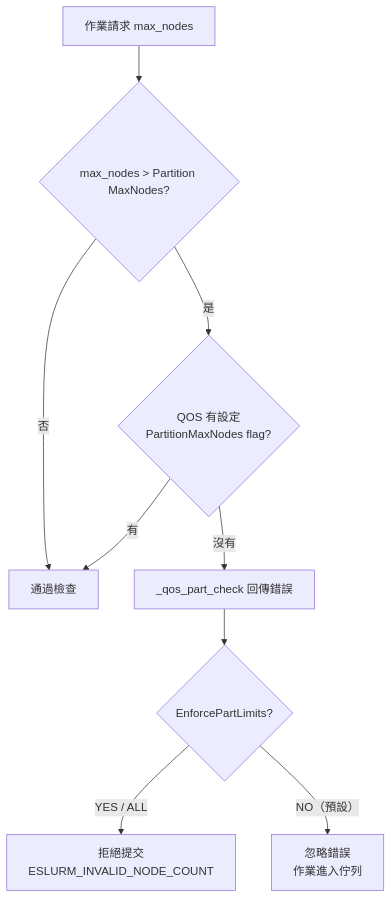
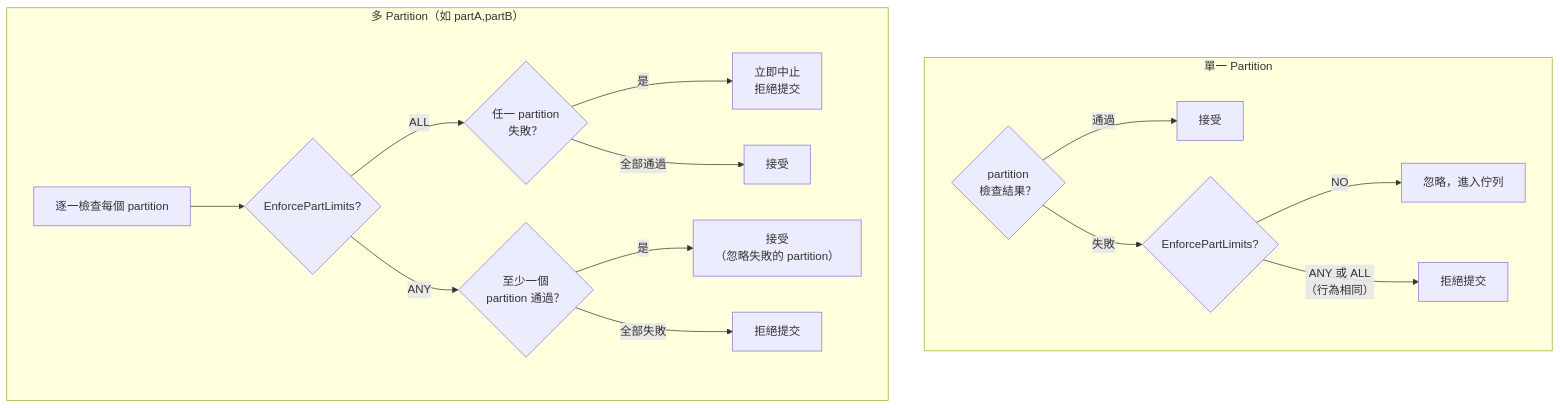
The second of 7 diagrams in _bmad-output/technical-reference/internals/slurm-qos-partition-node-limits.md (pichiu/slurm), drawn with Mermaid before and after one commit. The commit also changed other lines of this file, not shown here.

First line of the commit message:
docs: add EnforcePartLimits ANY vs ALL and DenyOnLimit analysis

````diff
--- a/_bmad-output/technical-reference/internals/slurm-qos-partition-node-limits.md
+++ b/_bmad-output/technical-reference/internals/slurm-qos-partition-node-limits.md
@@ -103,11 +218,23 @@
 ```mermaid
 flowchart TD
-    A["作業請求 max_nodes"] --> B{"max_nodes > Partition MaxNodes?"}
-    B -->|否| PASS["通過檢查"]
-    B -->|是| C{"QOS 有設定\nPartitionMaxNodes flag?"}
-    C -->|有| PASS
-    C -->|沒有| ERR["_qos_part_check 回傳錯誤"]
-    ERR --> EPL{"EnforcePartLimits?"}
-    EPL -->|"YES / ALL"| REJECT["拒絕提交\nESLURM_INVALID_NODE_COUNT"]
-    EPL -->|"NO（預設）"| ACCEPT["忽略錯誤\n作業進入佇列"]
+    subgraph single_part["單一 Partition"]
+        SP_CHECK{"partition\n檢查結果？"}
+        SP_CHECK -->|通過| SP_OK["接受"]
+        SP_CHECK -->|失敗| SP_EPL{"EnforcePartLimits?"}
+        SP_EPL -->|NO| SP_ACCEPT["忽略，進入佇列"]
+        SP_EPL -->|"ANY 或 ALL\n（行為相同）"| SP_REJECT["拒絕提交"]
+    end
+
+    subgraph multi_part["多 Partition（如 partA,partB）"]
+        MP_LOOP["逐一檢查每個 partition"]
+        MP_LOOP --> MP_EPL{"EnforcePartLimits?"}
+
+        MP_EPL -->|ALL| MP_ALL{"任一 partition\n失敗？"}
+        MP_ALL -->|是| MP_ALL_REJECT["立即中止\n拒絕提交"]
+        MP_ALL -->|"全部通過"| MP_ALL_OK["接受"]
+
+        MP_EPL -->|ANY| MP_ANY{"至少一個\npartition 通過？"}
+        MP_ANY -->|是| MP_ANY_OK["接受\n（忽略失敗的 partition）"]
+        MP_ANY -->|"全部失敗"| MP_ANY_REJECT["拒絕提交"]
+    end
 ```
````
